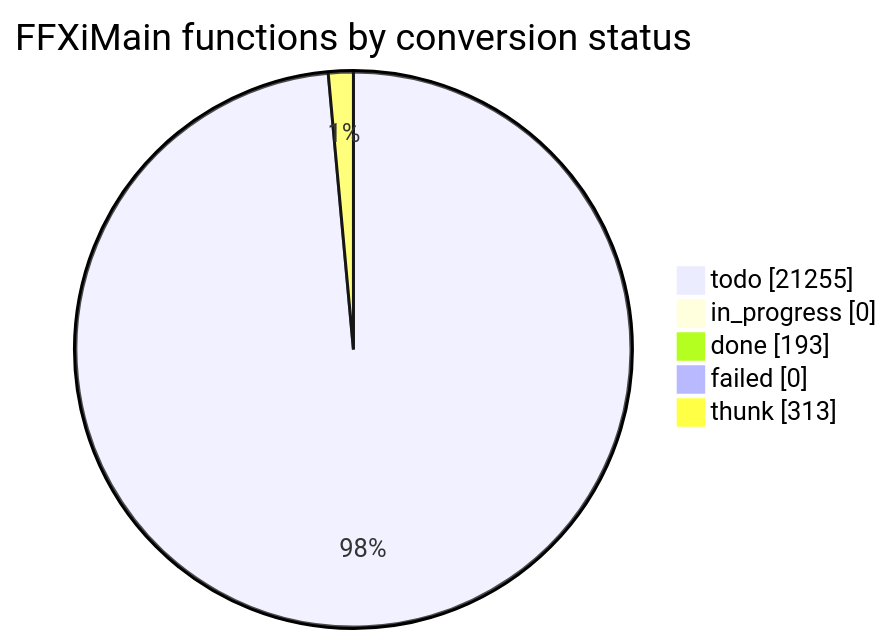
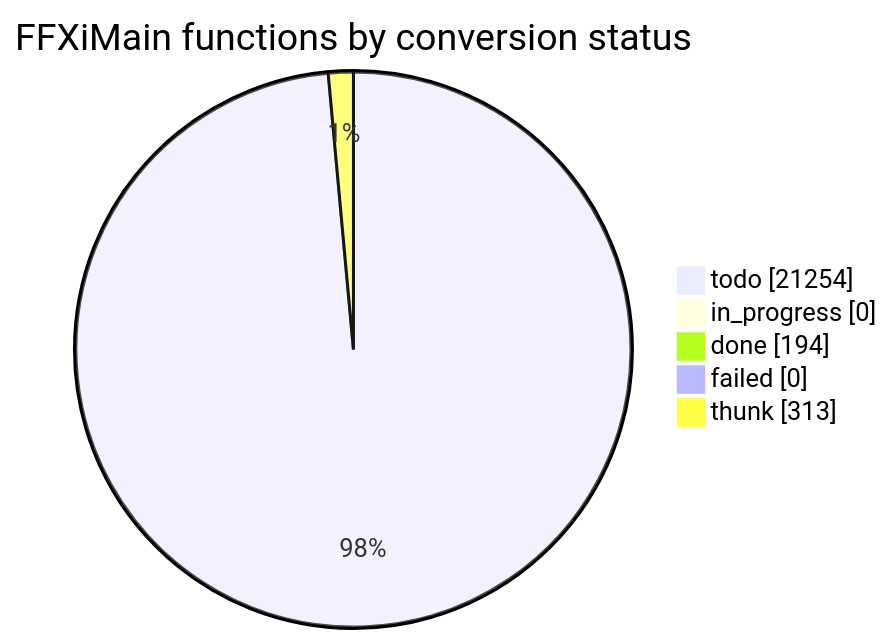
One commit to cowrevenge/cow_kuluu_xi_anything changed the diagram in docs/cow/STATUS.md. Above: the diagram before and after it, drawn with Mermaid. The commit also changed other lines of this file and 9 other files, not shown here.

````diff
--- a/docs/cow/STATUS.md
+++ b/docs/cow/STATUS.md
@@ -18,9 +18,9 @@
 ```mermaid
 pie showData
     title FFXiMain functions by conversion status
-    "todo" : 21255
+    "todo" : 21254
     "in_progress" : 0
-    "done" : 193
+    "done" : 194
     "failed" : 0
     "thunk" : 313
 ```
````
